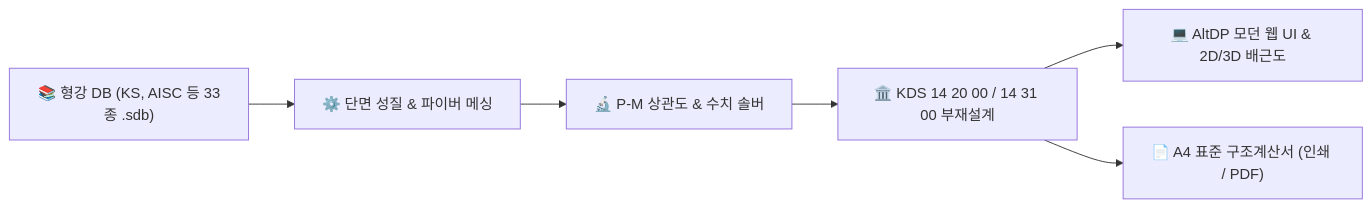
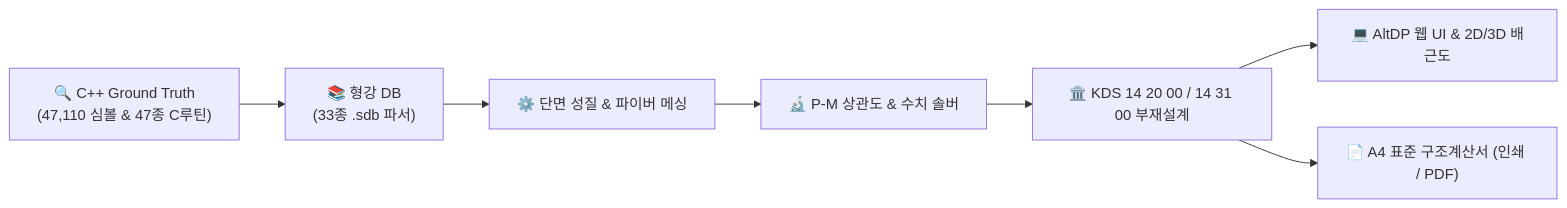
Before and after one commit to zlkiki/AltDP_3rd: the first of 2 diagrams in README.md, drawn with Mermaid. The commit also changed other lines of this file and 72 other files, not shown here.

Commit message:
feat: Ghidra 기반 핵심 설계알고리즘 선별 디컴파일 및 47종 C 수도코드 Ground Truth 자산화 완료 (요구사항 01-1~01-5)

````diff
--- a/README.md
+++ b/README.md
@@ -23,8 +25,9 @@
 ```mermaid
-graph LR
-    DB["📚 형강 DB (KS, AISC 등 33종 .sdb)"] --> Geom["⚙️ 단면 성질 & 파이버 메싱"]
+flowchart LR
+    GT["🔍 C++ Ground Truth<br>(47,110 심볼 & 47종 C루틴)"] --> DB["📚 형강 DB<br>(33종 .sdb 파서)"]
+    DB --> Geom["⚙️ 단면 성질 & 파이버 메싱"]
     Geom --> Solver["🔬 P-M 상관도 & 수치 솔버"]
     Solver --> Design["🏛️ KDS 14 20 00 / 14 31 00 부재설계"]
-    Design --> UI["💻 AltDP 모던 웹 UI & 2D/3D 배근도"]
+    Design --> UI["💻 AltDP 웹 UI & 2D/3D 배근도"]
     Design --> Report["📄 A4 표준 구조계산서 (인쇄 / PDF)"]
 ```
````
